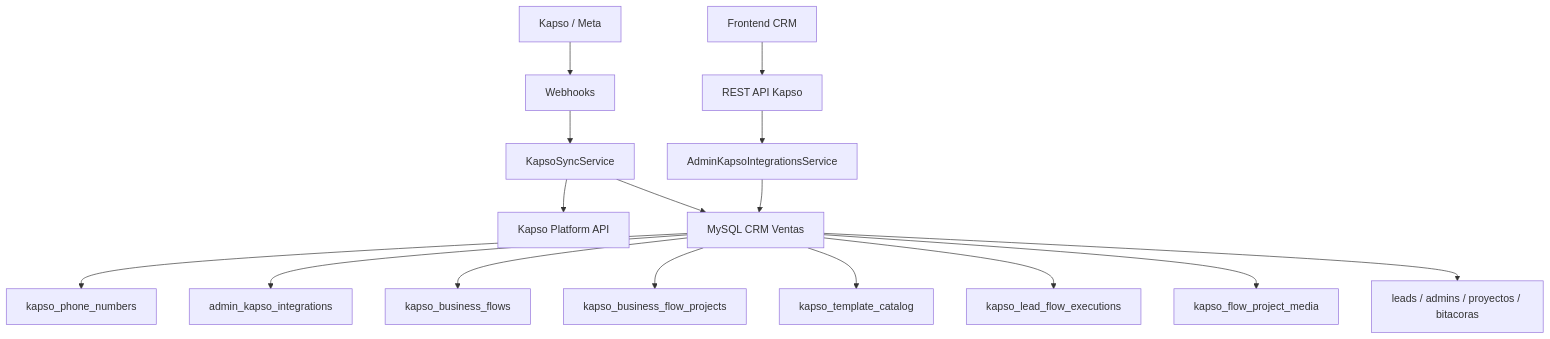
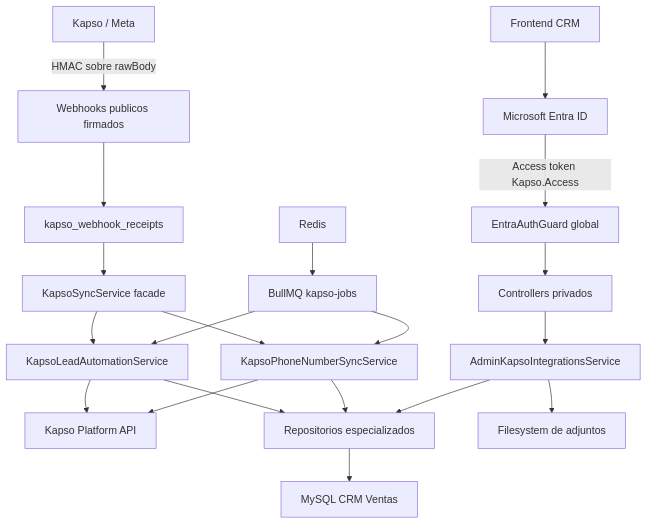
Before and after one commit to roccacr/CRM_VENTAS: the second of 18 diagrams in README.md, drawn with Mermaid. The commit also changed other lines of this file and 71 other files, not shown here.

````diff
--- a/README.md
+++ b/README.md
@@ -161,18 +256,26 @@
 ```mermaid
 flowchart TD
-  K["Kapso / Meta"] --> WH["Webhooks"]
-  WH --> KS["KapsoSyncService"]
-  KS --> KP["Kapso Platform API"]
-  KS --> DB["MySQL CRM Ventas"]
-  CRM["Frontend CRM"] --> REST["REST API Kapso"]
-  REST --> ADM["AdminKapsoIntegrationsService"]
-  ADM --> DB
-  DB --> N["kapso_phone_numbers"]
-  DB --> A["admin_kapso_integrations"]
-  DB --> F["kapso_business_flows"]
-  DB --> P["kapso_business_flow_projects"]
-  DB --> T["kapso_template_catalog"]
-  DB --> E["kapso_lead_flow_executions"]
-  DB --> M["kapso_flow_project_media"]
-  DB --> C["leads / admins / proyectos / bitacoras"]
+  CRM["Frontend CRM"] --> ENTRA["Microsoft Entra ID"]
+  ENTRA -->|"Access token Kapso.Access"| GUARD["EntraAuthGuard global"]
+  GUARD --> REST["Controllers privados"]
+
+  K["Kapso / Meta"] -->|"HMAC sobre rawBody"| WH["Webhooks publicos firmados"]
+  WH --> INBOX["kapso_webhook_receipts"]
+  INBOX --> FACADE["KapsoSyncService facade"]
+
+  REDIS["Redis"] --> QUEUE["BullMQ kapso-jobs"]
+  QUEUE --> PHONE["KapsoPhoneNumberSyncService"]
+  QUEUE --> LEADS["KapsoLeadAutomationService"]
+
+  REST --> ADMIN["AdminKapsoIntegrationsService"]
+  FACADE --> PHONE
+  FACADE --> LEADS
+  PHONE --> KAPSO["Kapso Platform API"]
+  LEADS --> KAPSO
+
+  ADMIN --> REPOS["Repositorios especializados"]
+  PHONE --> REPOS
+  LEADS --> REPOS
+  REPOS --> DB["MySQL CRM Ventas"]
+  ADMIN --> FS["Filesystem de adjuntos"]
 ```
````
